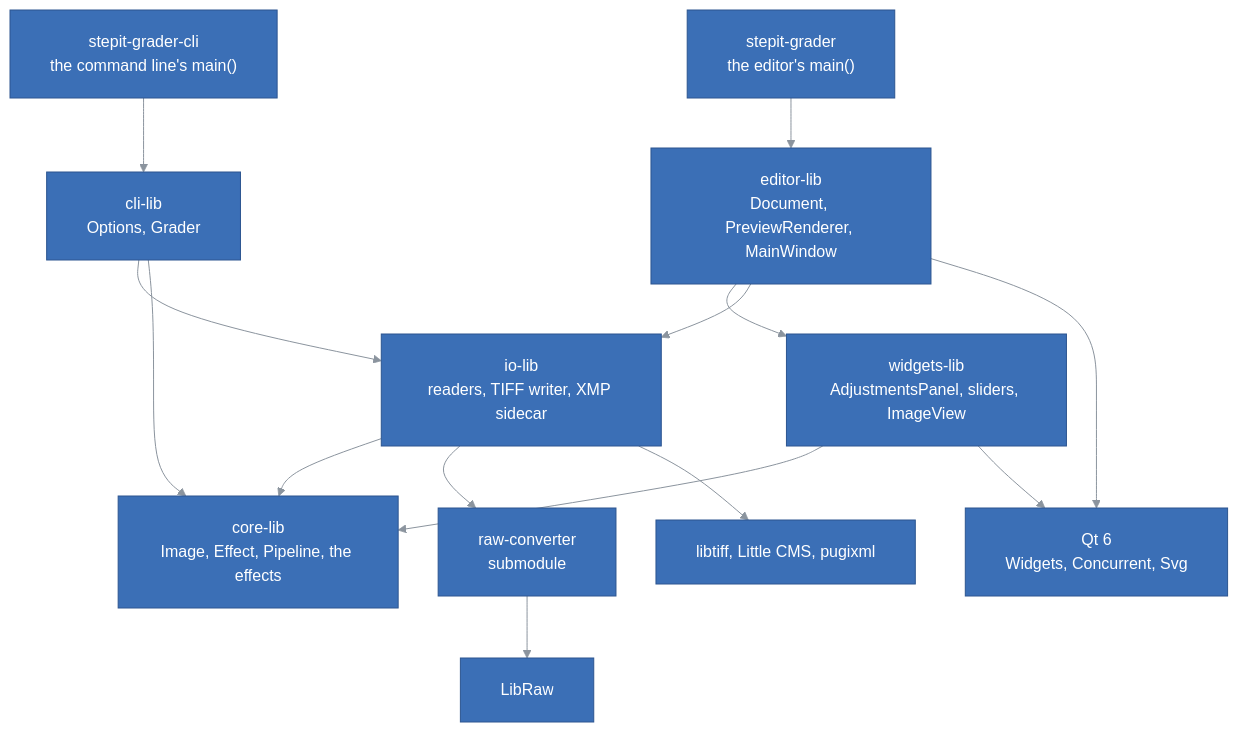
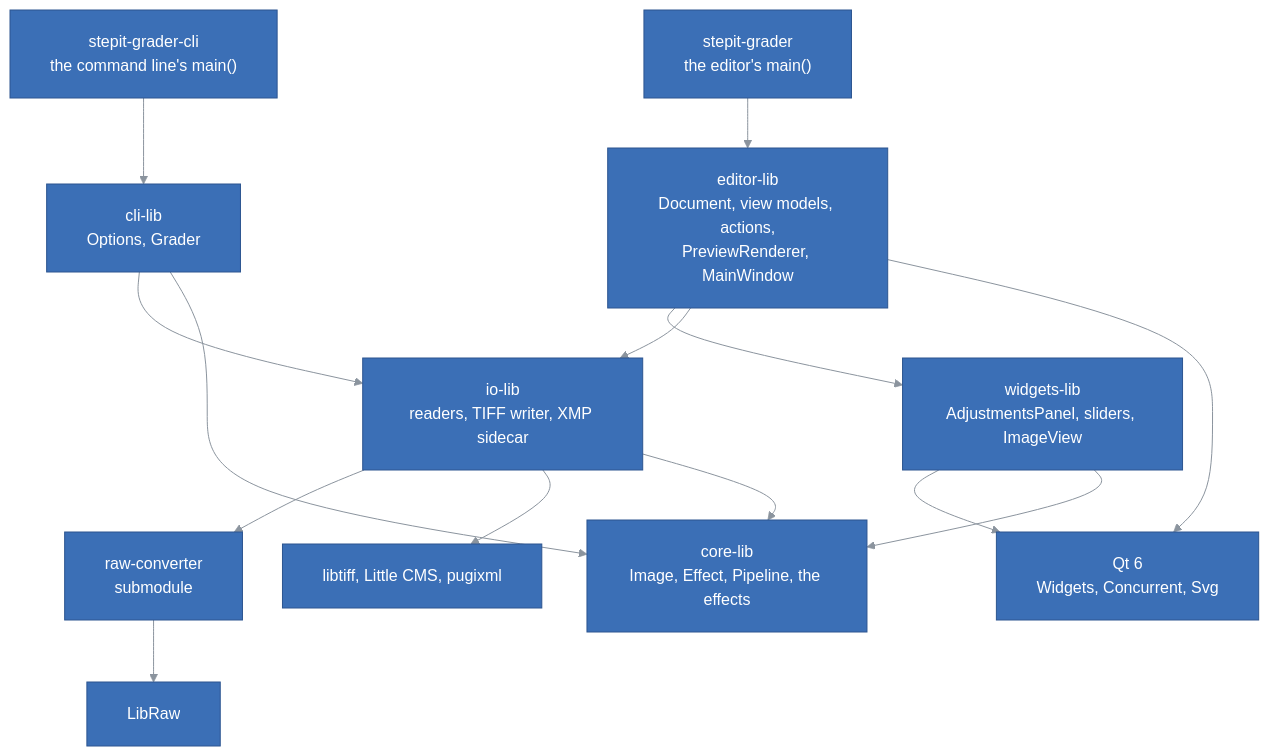
Before and after one commit to kineticsystem/stepit-grader: the first of 3 diagrams in docs/ARCHITECTURE.md, drawn with Mermaid. The commit also changed 1 other file, not shown here.

Commit message:
Refresh the review, and redraw the big picture
The review moves to a1693b9: the editor's view models and actions, the
camera match fitted over the picture's settings, and what is still open,
with a stale grade after a failed match verified and two more ways a
save can harm the file it replaces. The big picture names the view
models and actions, and no arrow runs behind a box.

````diff
--- a/docs/ARCHITECTURE.md
+++ b/docs/ARCHITECTURE.md
@@ -98,7 +98,7 @@
 flowchart TB
     App["stepit-grader<br/>the editor's main()"]
     Cli["stepit-grader-cli<br/>the command line's main()"]
-    Editor["editor-lib<br/>Document, PreviewRenderer, MainWindow"]
+    Editor["editor-lib<br/>Document, view models, actions,<br/>PreviewRenderer, MainWindow"]
     Widgets["widgets-lib<br/>AdjustmentsPanel, sliders, ImageView"]
     CliLib["cli-lib<br/>Options, Grader"]
     IO["io-lib<br/>readers, TIFF writer, XMP sidecar"]
@@ -109,17 +109,17 @@
     LibRaw["LibRaw"]
     App --> Editor
     Cli --> CliLib
-    CliLib --> IO
-    CliLib --> Core
     Editor --> Widgets
     Editor --> IO
     Editor --> Qt
-    Widgets --> Core
+    CliLib --> IO
     Widgets --> Qt
-    IO --> Core
     IO --> Raw
     IO --> Libs
     Raw --> LibRaw
+    Widgets --> Core
+    IO --> Core
+    CliLib --> Core
 
     classDef default fill:#3b6fb6,stroke:#2c5590,color:#ffffff
 ```
````
